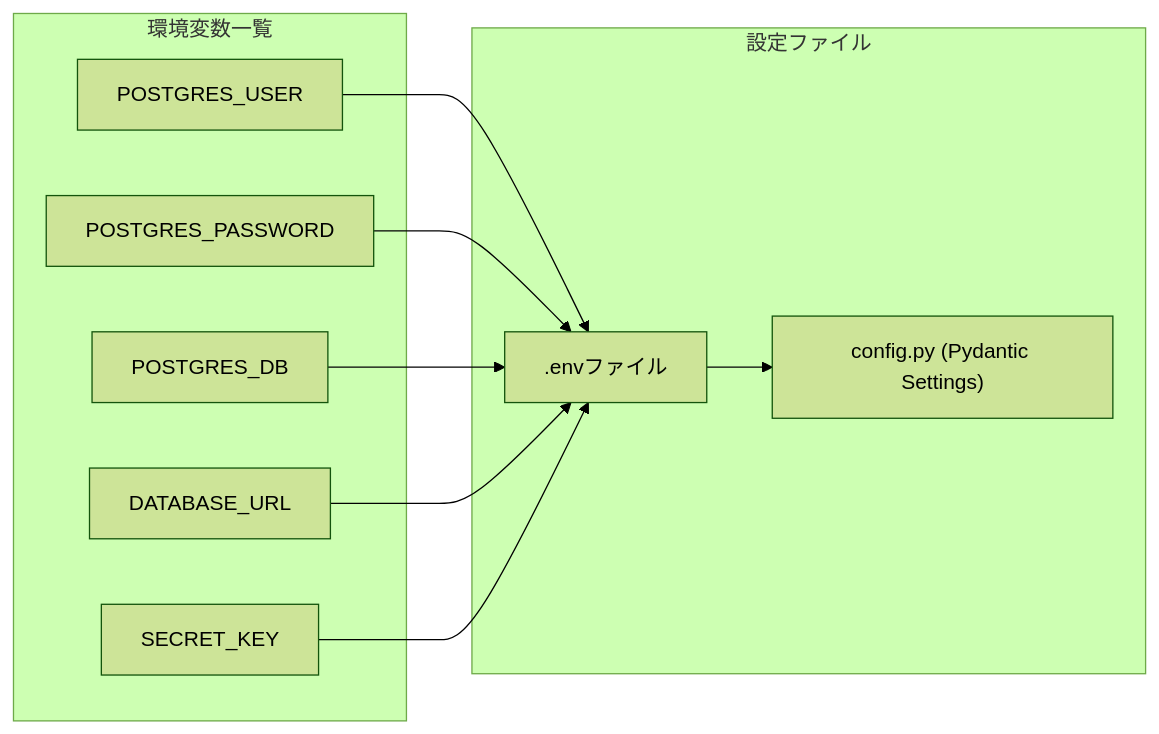
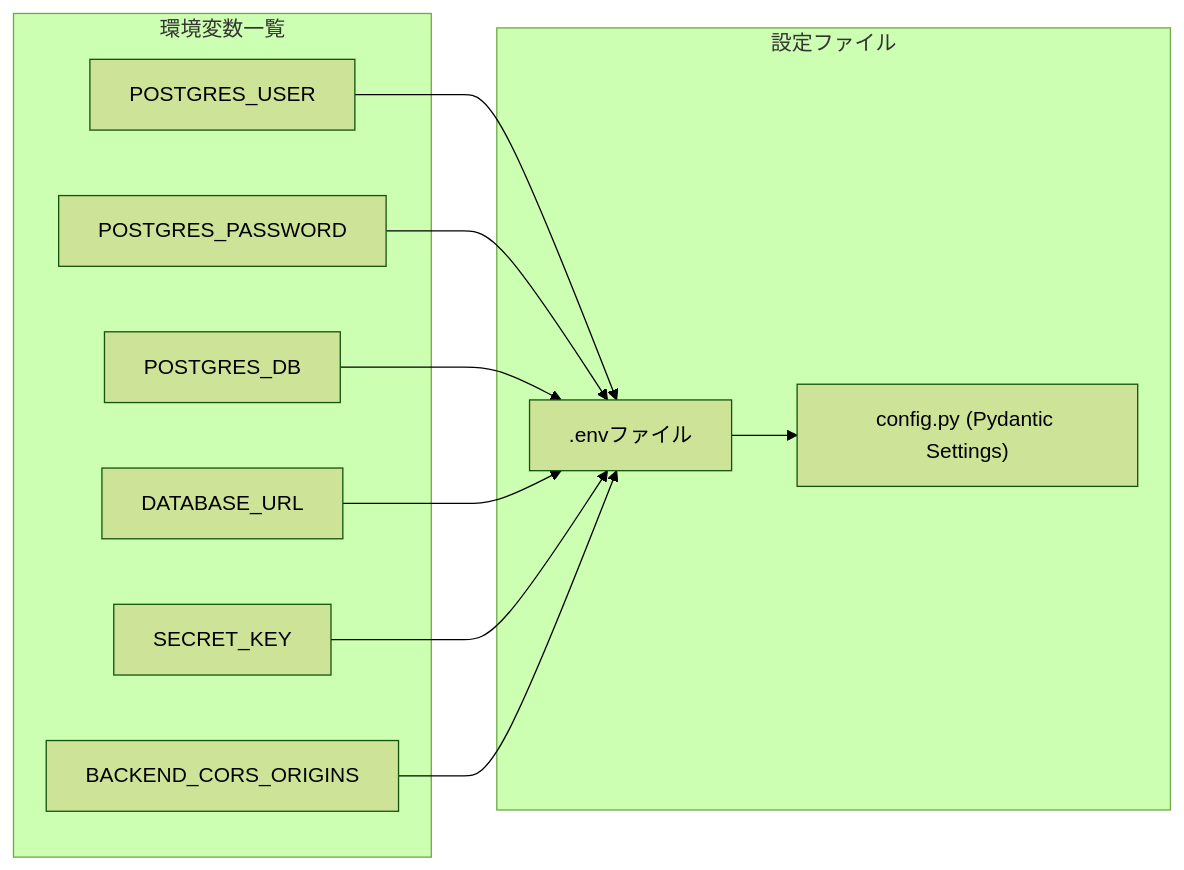
The seventh of 11 diagrams in .qoder/repowiki/ja/content/Dockerコンテナ化.md (ss8806/Todos), drawn with Mermaid (forest theme) before and after one commit. The commit also changed other lines of this file and 11 other files, not shown here.

````diff
--- a/.qoder/repowiki/ja/content/Dockerコンテナ化.md
+++ b/.qoder/repowiki/ja/content/Dockerコンテナ化.md
@@ -196,20 +243,22 @@
 ```mermaid
 flowchart LR
 subgraph "環境変数一覧"
 ENV1["POSTGRES_USER"]
 ENV2["POSTGRES_PASSWORD"]
 ENV3["POSTGRES_DB"]
 ENV4["DATABASE_URL"]
 ENV5["SECRET_KEY"]
+ENV6["BACKEND_CORS_ORIGINS"]
 end
 subgraph "設定ファイル"
 CFG[".envファイル"]
 PYCFG["config.py (Pydantic Settings)"]
 end
 ENV1 --> CFG
 ENV2 --> CFG
 ENV3 --> CFG
 ENV4 --> CFG
 ENV5 --> CFG
+ENV6 --> CFG
 CFG --> PYCFG
 ```
````
